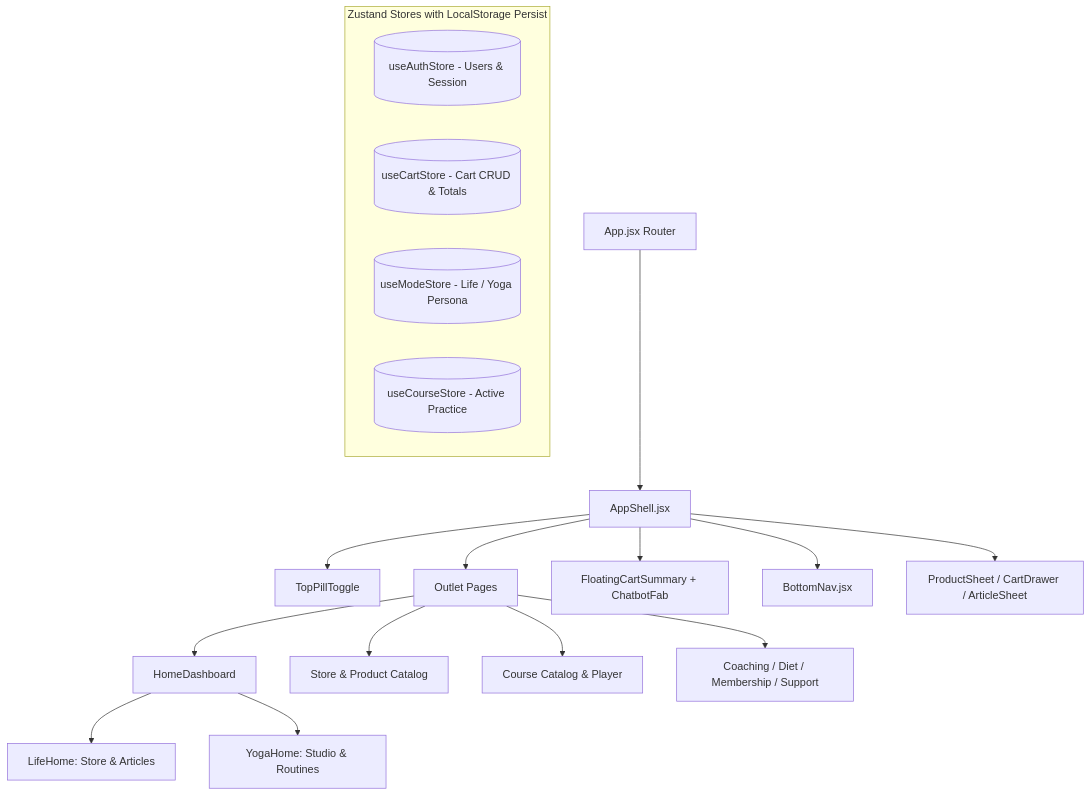
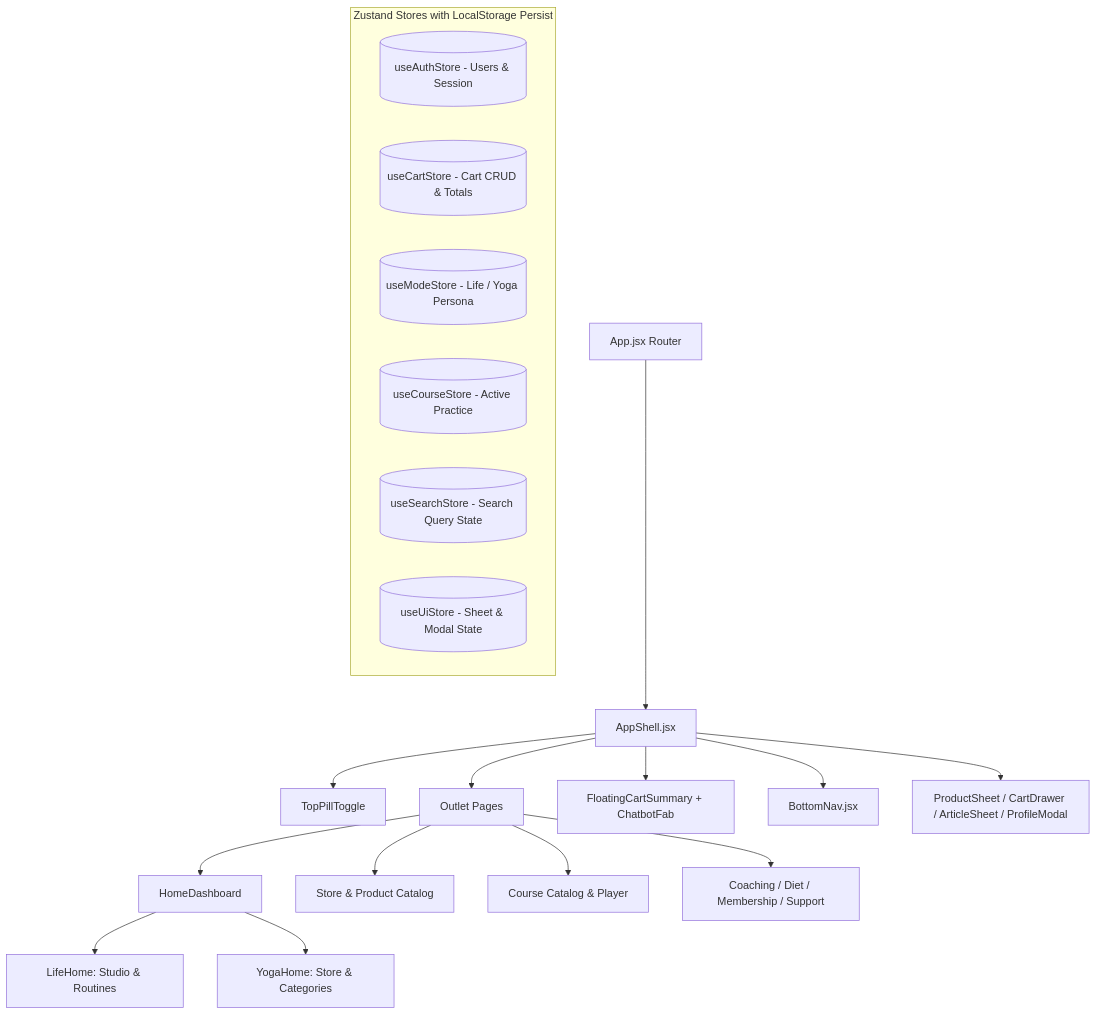
One commit to kodalipaanichowdary/aathi-yoga changed the diagram in README.md. Above: the diagram before and after it, drawn with Mermaid. The commit also changed other lines of this file and 137 other files, not shown here.

````diff
--- a/README.md
+++ b/README.md
@@ -125,23 +45,25 @@
 ```mermaid
 graph TD
     App[App.jsx Router] --> Shell[AppShell.jsx]
     Shell --> TopNav[TopPillToggle]
     Shell --> MainContent[Outlet Pages]
     Shell --> FloatingLayer[FloatingCartSummary + ChatbotFab]
     Shell --> BottomNav[BottomNav.jsx]
-    Shell --> Modals[ProductSheet / CartDrawer / ArticleSheet]
+    Shell --> Modals[ProductSheet / CartDrawer / ArticleSheet / ProfileModal]
 
     subgraph State Management [Zustand Stores with LocalStorage Persist]
         useAuthStore[(useAuthStore - Users & Session)]
         useCartStore[(useCartStore - Cart CRUD & Totals)]
         useModeStore[(useModeStore - Life / Yoga Persona)]
         useCourseStore[(useCourseStore - Active Practice)]
+        useSearchStore[(useSearchStore - Search Query State)]
+        useUiStore[(useUiStore - Sheet & Modal State)]
     end
 
     MainContent --> HomeDashboard[HomeDashboard]
-    HomeDashboard --> LifeHome[LifeHome: Store & Articles]
-    HomeDashboard --> YogaHome[YogaHome: Studio & Routines]
+    HomeDashboard --> LifeHome[LifeHome: Studio & Routines]
+    HomeDashboard --> YogaHome[YogaHome: Store & Categories]
     MainContent --> StorePages[Store & Product Catalog]
     MainContent --> CoursePages[Course Catalog & Player]
     MainContent --> WellnessPages[Coaching / Diet / Membership / Support]
 ```
````
